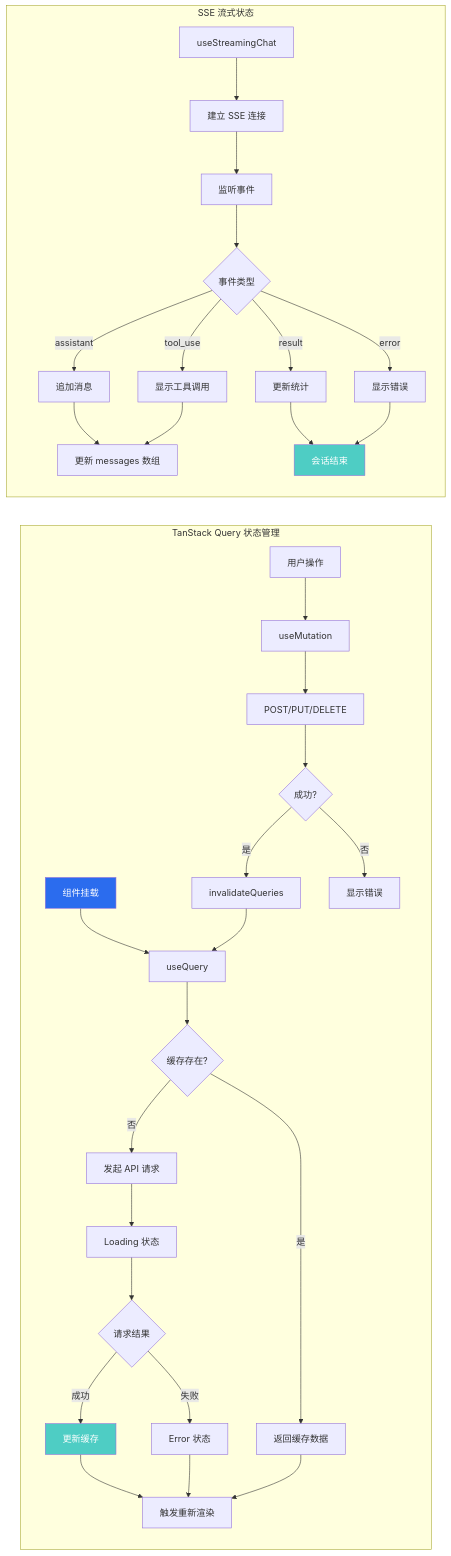
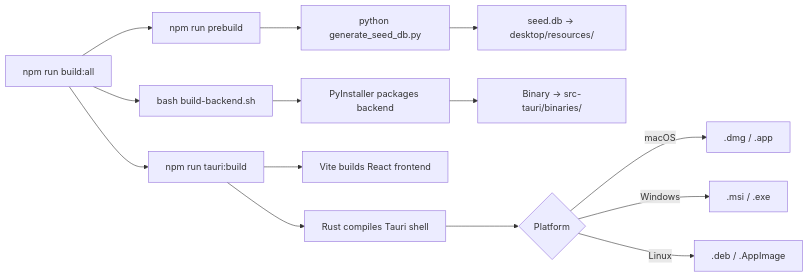
Before and after one commit to xg-gh-25/SwarmAI: the eighth of 8 diagrams in .kiro/specs/FLOWCHARTS.md, drawn with Mermaid. The commit also changed other lines of this file, not shown here.

First line of the commit message:
docs: Rewrite FLOWCHARTS.md with current system mermaid diagrams

````diff
--- a/.kiro/specs/FLOWCHARTS.md
+++ b/.kiro/specs/FLOWCHARTS.md
@@ -388,46 +254,18 @@
 ```mermaid
-graph LR
-    subgraph "TanStack Query 状态管理"
-        A[组件挂载] --> B[useQuery]
-        B --> C{缓存存在?}
-        C -->|是| D[返回缓存数据]
-        C -->|否| E[发起 API 请求]
+flowchart LR
+    A[npm run build:all] --> B[npm run prebuild]
+    B --> C[python generate_seed_db.py]
+    C --> D[seed.db → desktop/resources/]
 
-        E --> F[Loading 状态]
-        F --> G{请求结果}
-        G -->|成功| H[更新缓存]
-        G -->|失败| I[Error 状态]
+    A --> E[bash build-backend.sh]
+    E --> F[PyInstaller packages backend]
+    F --> G[Binary → src-tauri/binaries/]
 
-        H --> J[触发重新渲染]
-        I --> J
-        D --> J
-
-        K[用户操作] --> L[useMutation]
-        L --> M[POST/PUT/DELETE]
-        M --> N{成功?}
-        N -->|是| O[invalidateQueries]
-        N -->|否| P[显示错误]
-
-        O --> B
-    end
-
-    subgraph "SSE 流式状态"
-        Q[useStreamingChat] --> R[建立 SSE 连接]
-        R --> S[监听事件]
-
-        S --> T{事件类型}
-        T -->|assistant| U[追加消息]
-        T -->|tool_use| V[显示工具调用]
-        T -->|result| W[更新统计]
-        T -->|error| X[显示错误]
-
-        U --> Y[更新 messages 数组]
-        V --> Y
-        W --> Z[会话结束]
-        X --> Z
-    end
-
-    style A fill:#2b6cee,color:#fff
-    style H fill:#4ecdc4,color:#fff
-    style Z fill:#4ecdc4,color:#fff
+    A --> H[npm run tauri:build]
+    H --> I[Vite builds React frontend]
+    H --> J[Rust compiles Tauri shell]
+    J --> K{Platform}
+    K -->|macOS| L[.dmg / .app]
+    K -->|Windows| M[.msi / .exe]
+    K -->|Linux| N[.deb / .AppImage]
 ```
````
